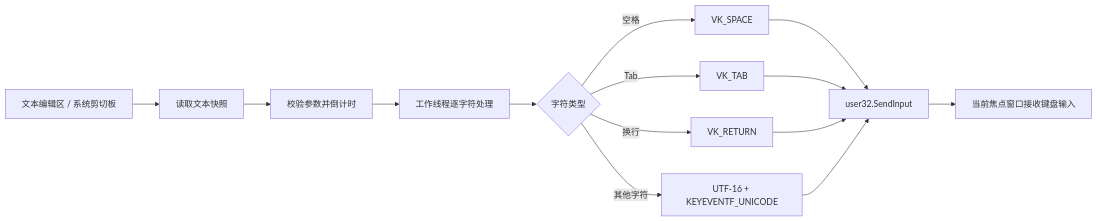
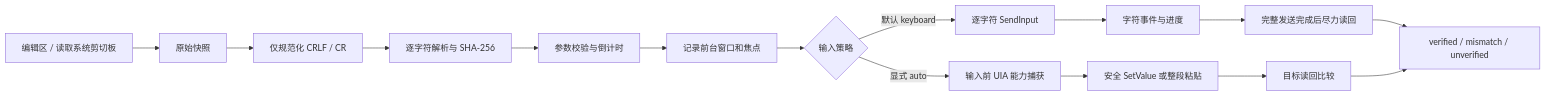
The diagram in README.md (Lee-213/auto_typer), drawn with Mermaid before and after one commit. The commit also changed other lines of this file and 12 other files, not shown here.

````diff
--- a/README.md
+++ b/README.md
@@ -107,16 +134,17 @@
 ```mermaid
 flowchart LR
-    A[文本编辑区 / 系统剪切板] --> B[读取文本快照]
-    B --> C[校验参数并倒计时]
-    C --> D[工作线程逐字符处理]
-    D --> E{字符类型}
-    E -->|空格| F[VK_SPACE]
-    E -->|Tab| G[VK_TAB]
-    E -->|换行| H[VK_RETURN]
-    E -->|其他字符| I[UTF-16 + KEYEVENTF_UNICODE]
-    F --> J[user32.SendInput]
-    G --> J
-    H --> J
-    I --> J
-    J --> K[当前焦点窗口接收键盘输入]
+    A[编辑区 / 读取系统剪切板] --> B[原始快照]
+    B --> C[仅规范化 CRLF / CR]
+    C --> D[逐字符解析与 SHA-256]
+    D --> E[参数校验与倒计时]
+    E --> F[记录前台窗口和焦点]
+    F --> G{输入策略}
+    G -->|默认 keyboard| H[逐字符 SendInput]
+    H --> I[字符事件与进度]
+    I --> J[完整发送完成后尽力读回]
+    G -->|显式 auto| K[输入前 UIA 能力捕获]
+    K --> L[安全 SetValue 或整段粘贴]
+    L --> M[目标读回比较]
+    J --> N[verified / mismatch / unverified]
+    M --> N
 ```
````
